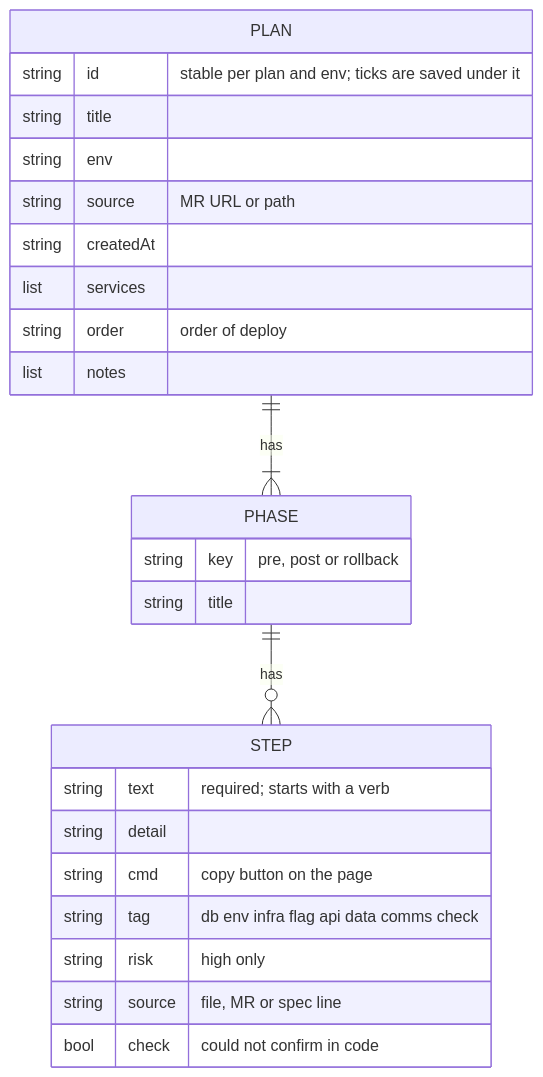
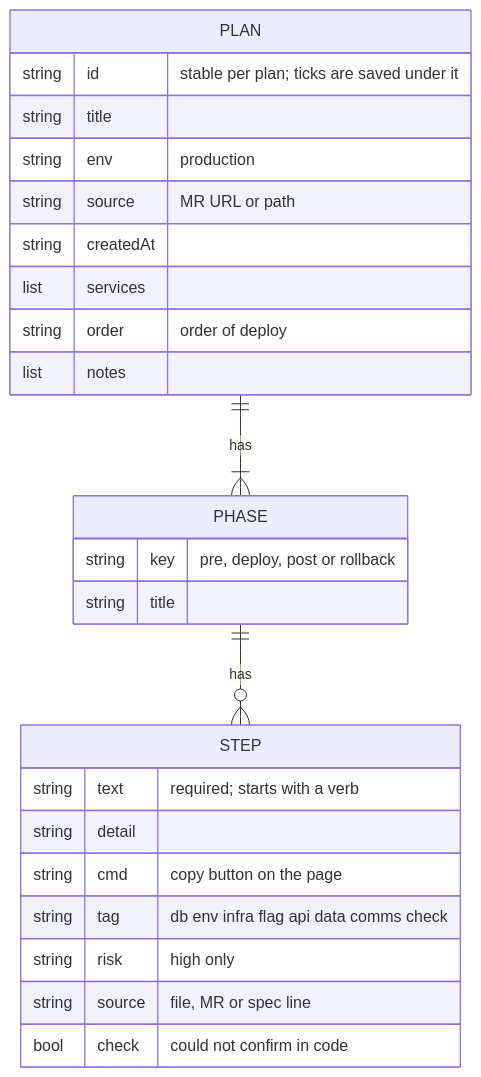
The second of 2 diagrams in plugins/naphatwx-tools/skills/deploy-plan/README.md (naphatwx/naphatwx-tools), drawn with Mermaid before and after one commit. The commit also changed other lines of this file and 8 other files, not shown here.

First line of the commit message:
feat(deploy-plan): always plan merge to default branch, cut version, deploy to production

````diff
--- a/plugins/naphatwx-tools/skills/deploy-plan/README.md
+++ b/plugins/naphatwx-tools/skills/deploy-plan/README.md
@@ -50,28 +52,28 @@
 ```mermaid
 erDiagram
     PLAN ||--|{ PHASE : has
     PHASE ||--o{ STEP : has
     PLAN {
-        string id "stable per plan and env; ticks are saved under it"
+        string id "stable per plan; ticks are saved under it"
         string title
-        string env
+        string env "production"
         string source "MR URL or path"
         string createdAt
         list services
         string order "order of deploy"
         list notes
     }
     PHASE {
-        string key "pre, post or rollback"
+        string key "pre, deploy, post or rollback"
         string title
     }
     STEP {
         string text "required; starts with a verb"
         string detail
         string cmd "copy button on the page"
         string tag "db env infra flag api data comms check"
         string risk "high only"
         string source "file, MR or spec line"
         bool check "could not confirm in code"
     }
 ```
````
